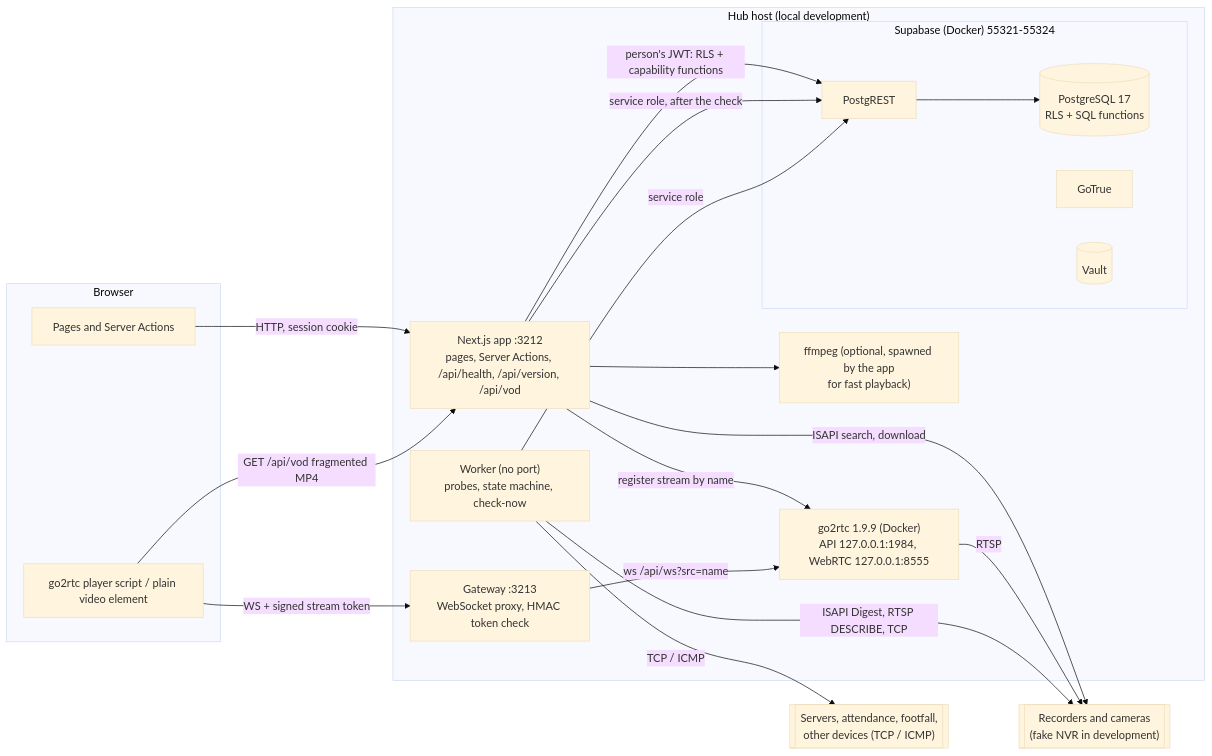
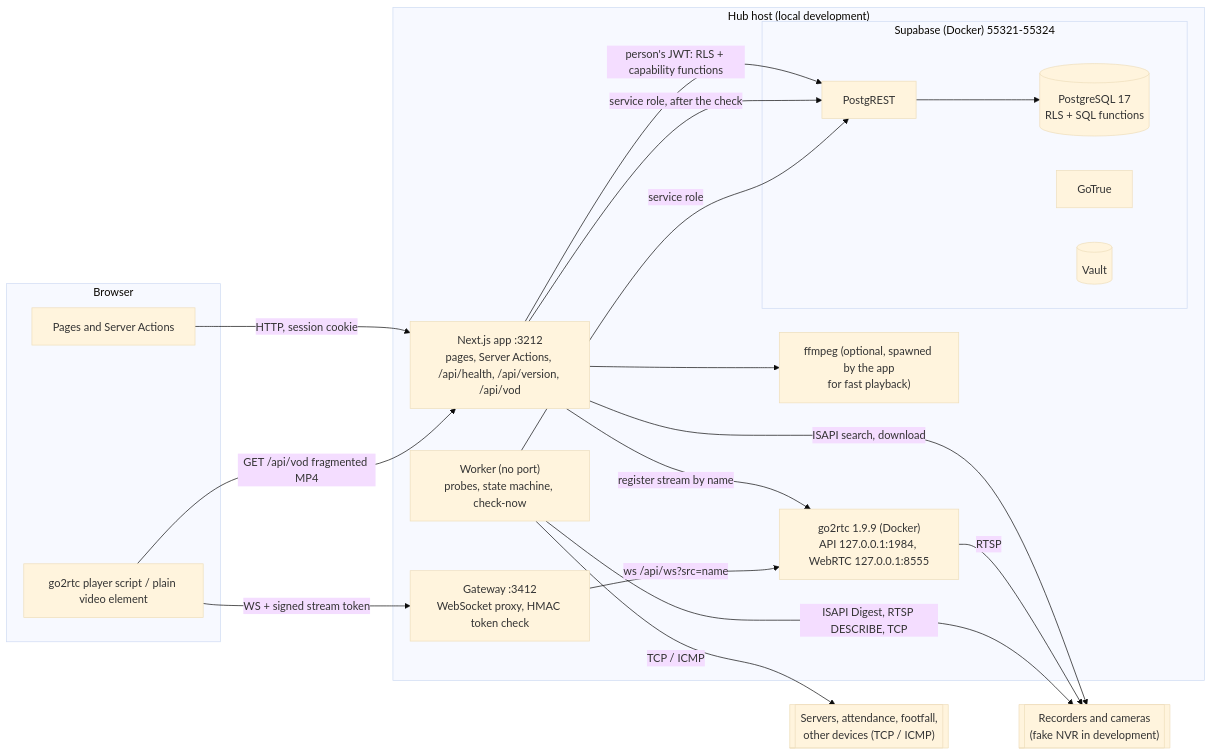
Before and after one commit to kumarsuraj84/CCTV-APPLICATION: the first of 13 diagrams in docs/drishti/ARCHITECTURE.md, drawn with Mermaid (base theme). The commit also changed other lines of this file and 8 other files, not shown here.

````diff
--- a/docs/drishti/ARCHITECTURE.md
+++ b/docs/drishti/ARCHITECTURE.md
@@ -86,33 +86,33 @@
 ```mermaid
 flowchart LR
   subgraph Browser
     UI[Pages and Server Actions]
     PL[go2rtc player script / plain video element]
   end
   subgraph Hub["Hub host (local development)"]
     APP["Next.js app :3212<br/>pages, Server Actions, /api/health, /api/version, /api/vod"]
     FF["ffmpeg (optional, spawned by the app<br/>for fast playback)"]
-    GW["Gateway :3213<br/>WebSocket proxy, HMAC token check"]
+    GW["Gateway :3412<br/>WebSocket proxy, HMAC token check"]
     WRK["Worker (no port)<br/>probes, state machine, check-now"]
     G2R["go2rtc 1.9.9 (Docker)<br/>API 127.0.0.1:1984, WebRTC 127.0.0.1:8555"]
     subgraph SB["Supabase (Docker) 55321-55324"]
       REST[PostgREST] --> PG[(PostgreSQL 17<br/>RLS + SQL functions)]
       AUTH[GoTrue]
       VAULT[(Vault)]
     end
   end
   NVR[["Recorders and cameras<br/>(fake NVR in development)"]]
   DEV[["Servers, attendance, footfall,<br/>other devices (TCP / ICMP)"]]
 
   UI -->|HTTP, session cookie| APP
   APP -->|person's JWT: RLS + capability functions| REST
   APP -->|service role, after the check| REST
   APP -->|register stream by name| G2R
   APP -->|ISAPI search, download| NVR
   APP --> FF
   PL -->|WS + signed stream token| GW -->|ws /api/ws?src=name| G2R -->|RTSP| NVR
   PL -->|GET /api/vod fragmented MP4| APP
   WRK -->|service role| REST
   WRK -->|ISAPI Digest, RTSP DESCRIBE, TCP| NVR
   WRK -->|TCP / ICMP| DEV
 ```
````
